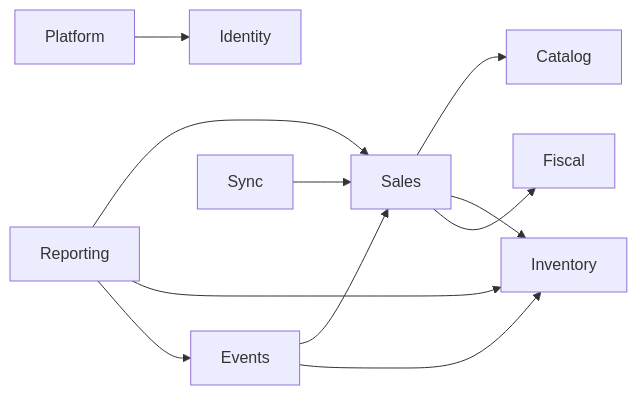
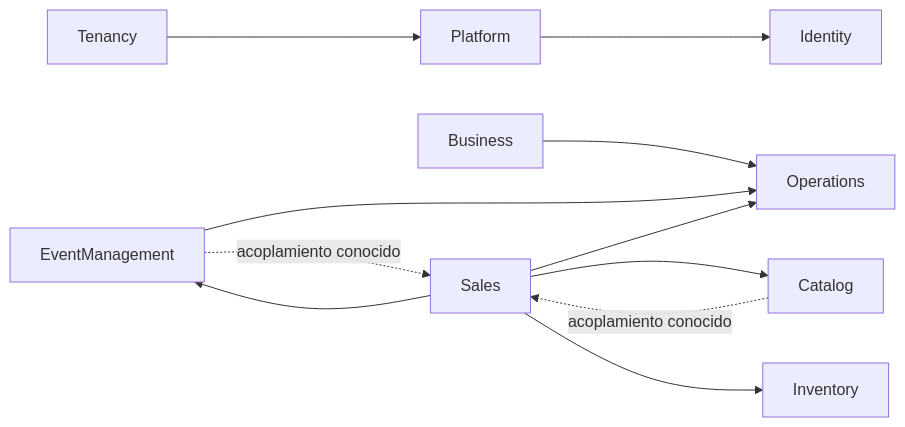
The third of 3 diagrams in docs/02-arquitectura-sistema.md (juancamedrano21/eventbarrest), drawn with Mermaid before and after one commit. The commit also changed other lines of this file and 7 other files, not shown here.

````diff
--- a/docs/02-arquitectura-sistema.md
+++ b/docs/02-arquitectura-sistema.md
@@ -80,13 +162,13 @@
 ```mermaid
 flowchart LR
     Platform --> Identity
+    Tenancy --> Platform
+    Business --> Operations
+    EventManagement --> Operations
     Sales --> Catalog
     Sales --> Inventory
-    Sales --> Fiscal
-    Events --> Sales
-    Events --> Inventory
-    Reporting --> Sales
-    Reporting --> Inventory
-    Reporting --> Events
-    Sync --> Sales
+    Sales --> Operations
+    Sales --> EventManagement
+    Catalog -.->|"acoplamiento conocido"| Sales
+    EventManagement -.->|"acoplamiento conocido"| Sales
 ```
````
